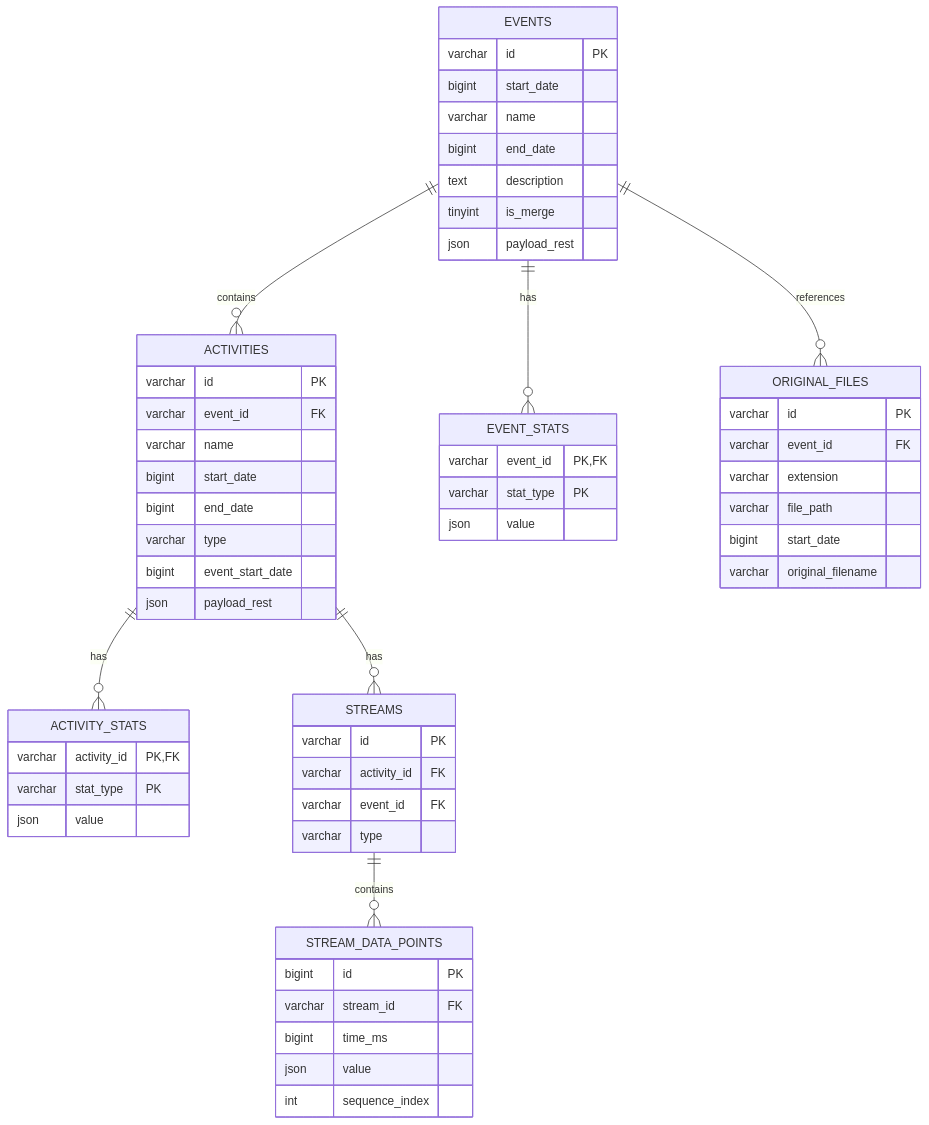
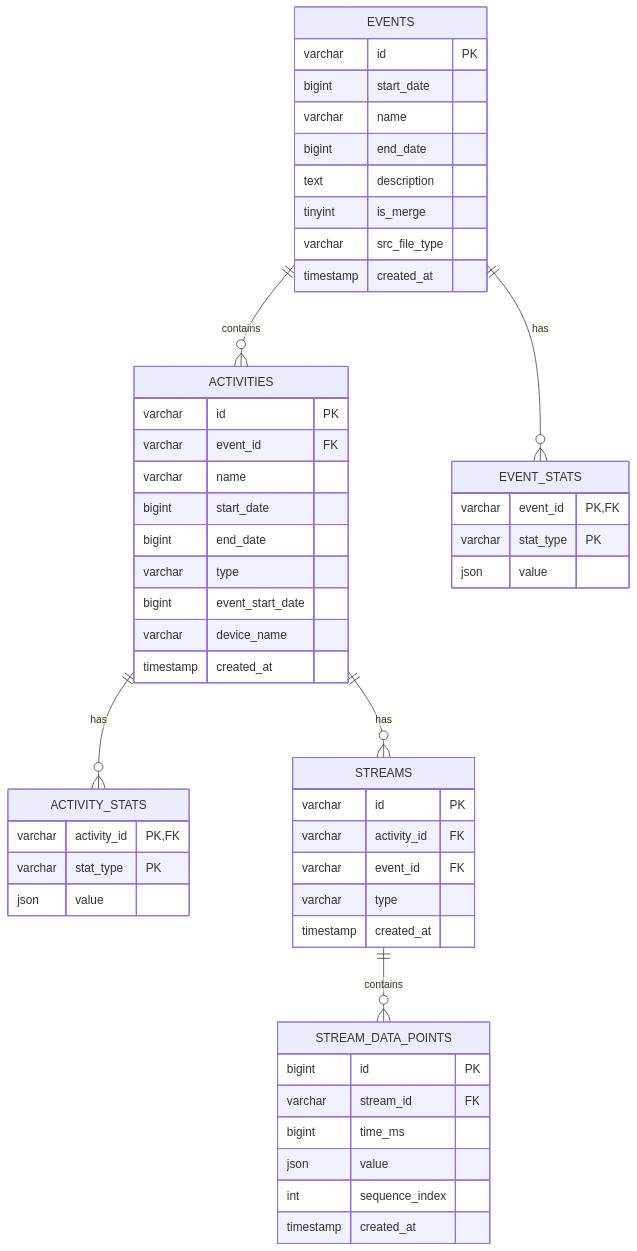
Before and after one commit to luispabon/OpenFitLab: the second of 4 diagrams in docs/ARCHITECTURE.md, drawn with Mermaid. The commit also changed other lines of this file and 3 other files, not shown here.

````diff
--- a/docs/ARCHITECTURE.md
+++ b/docs/ARCHITECTURE.md
@@ -46,66 +46,60 @@
 ```mermaid
 erDiagram
     EVENTS ||--o{ ACTIVITIES : contains
     EVENTS ||--o{ EVENT_STATS : has
-    EVENTS ||--o{ ORIGINAL_FILES : references
     ACTIVITIES ||--o{ ACTIVITY_STATS : has
     ACTIVITIES ||--o{ STREAMS : has
     STREAMS ||--o{ STREAM_DATA_POINTS : contains
-    
+
     EVENTS {
         varchar id PK
         bigint start_date
         varchar name
         bigint end_date
         text description
         tinyint is_merge
-        json payload_rest
+        varchar src_file_type
+        timestamp created_at
     }
-    
+
     EVENT_STATS {
         varchar event_id PK,FK
         varchar stat_type PK
         json value
     }
-    
+
     ACTIVITIES {
         varchar id PK
         varchar event_id FK
         varchar name
         bigint start_date
         bigint end_date
         varchar type
         bigint event_start_date
-        json payload_rest
+        varchar device_name
+        timestamp created_at
     }
-    
+
     ACTIVITY_STATS {
         varchar activity_id PK,FK
         varchar stat_type PK
         json value
     }
-    
+
     STREAMS {
         varchar id PK
         varchar activity_id FK
         varchar event_id FK
         varchar type
+        timestamp created_at
     }
-    
+
     STREAM_DATA_POINTS {
         bigint id PK
         varchar stream_id FK
         bigint time_ms
         json value
         int sequence_index
-    }
-    
-    ORIGINAL_FILES {
-        varchar id PK
-        varchar event_id FK
-        varchar extension
-        varchar file_path
-        bigint start_date
-        varchar original_filename
+        timestamp created_at
     }
 ```
````
